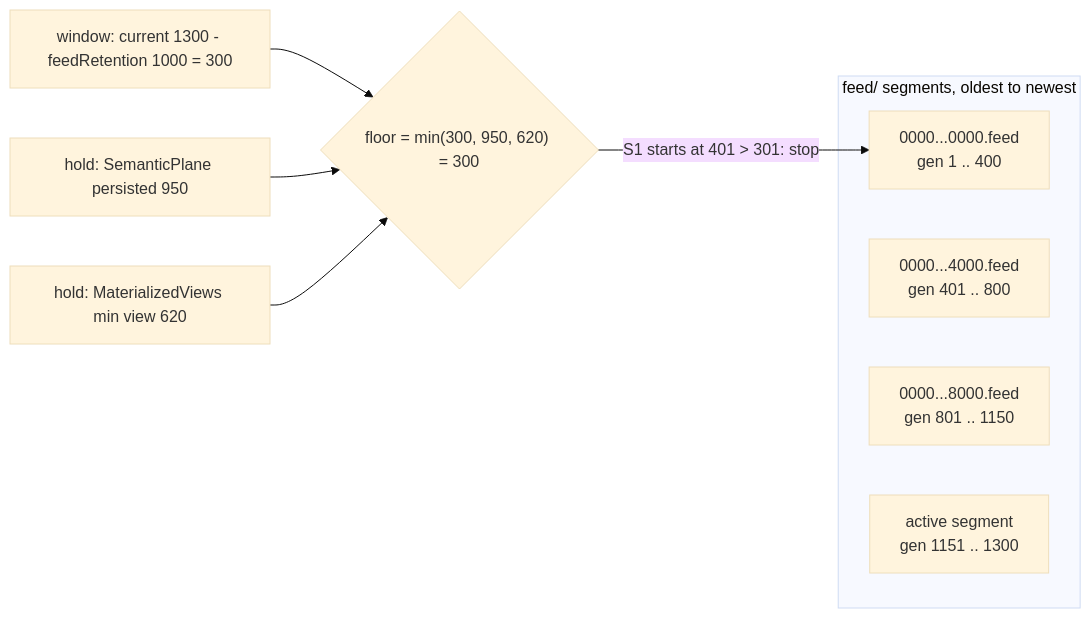
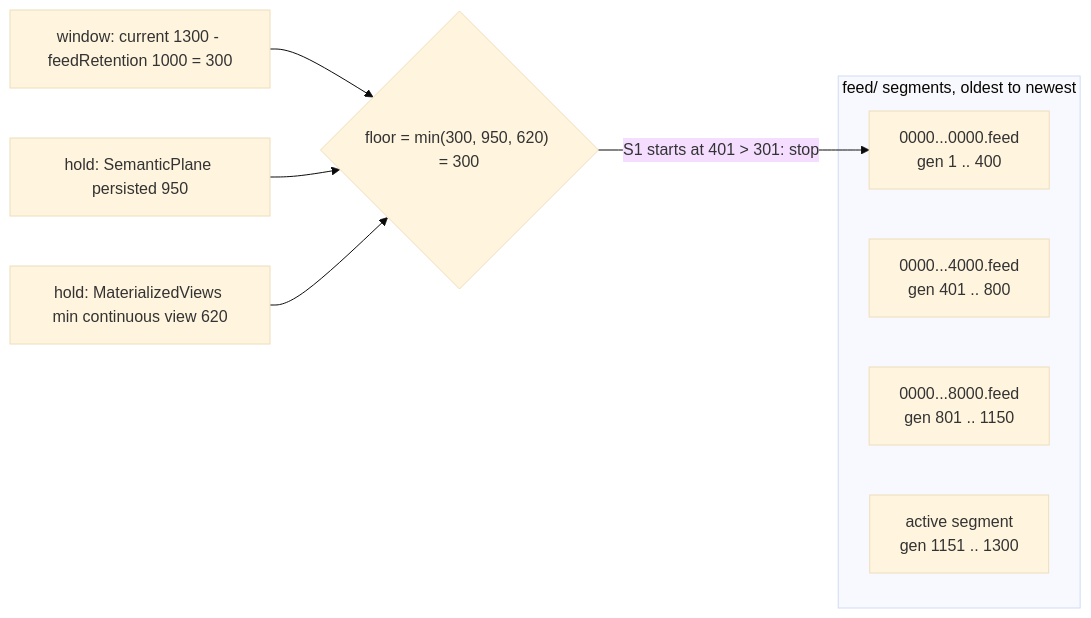
Before and after one commit to Ujjwaljain16/hypergraph: the third of 3 diagrams in docs/storage/change-feed.md, drawn with Mermaid (base theme). The commit also changed other lines of this file and 63 other files, not shown here.

````diff
--- a/docs/storage/change-feed.md
+++ b/docs/storage/change-feed.md
@@ -227,14 +227,14 @@
 ```mermaid
 flowchart LR
     subgraph feed["feed/ segments, oldest to newest"]
         S0["0000...0000.feed<br/>gen 1 .. 400"]
         S1["0000...4000.feed<br/>gen 401 .. 800"]
         S2["0000...8000.feed<br/>gen 801 .. 1150"]
         S3["active segment<br/>gen 1151 .. 1300"]
     end
     W["window: current 1300 - feedRetention 1000 = 300"] --> F
     H1["hold: SemanticPlane persisted 950"] --> F
-    H2["hold: MaterializedViews min view 620"] --> F
+    H2["hold: MaterializedViews min continuous view 620"] --> F
     F{"floor = min(300, 950, 620) = 300"}
     F -->|"S1 starts at 401 > 301: stop"| S0
 ```
````
